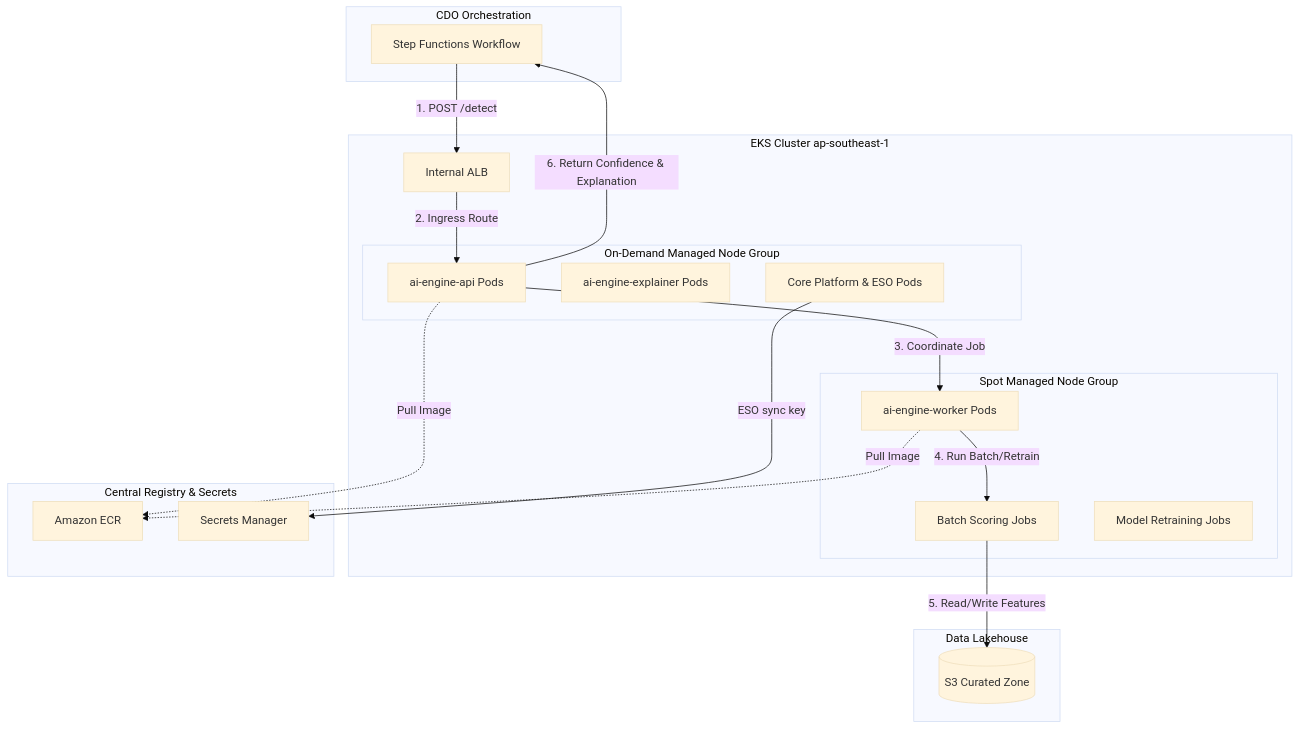
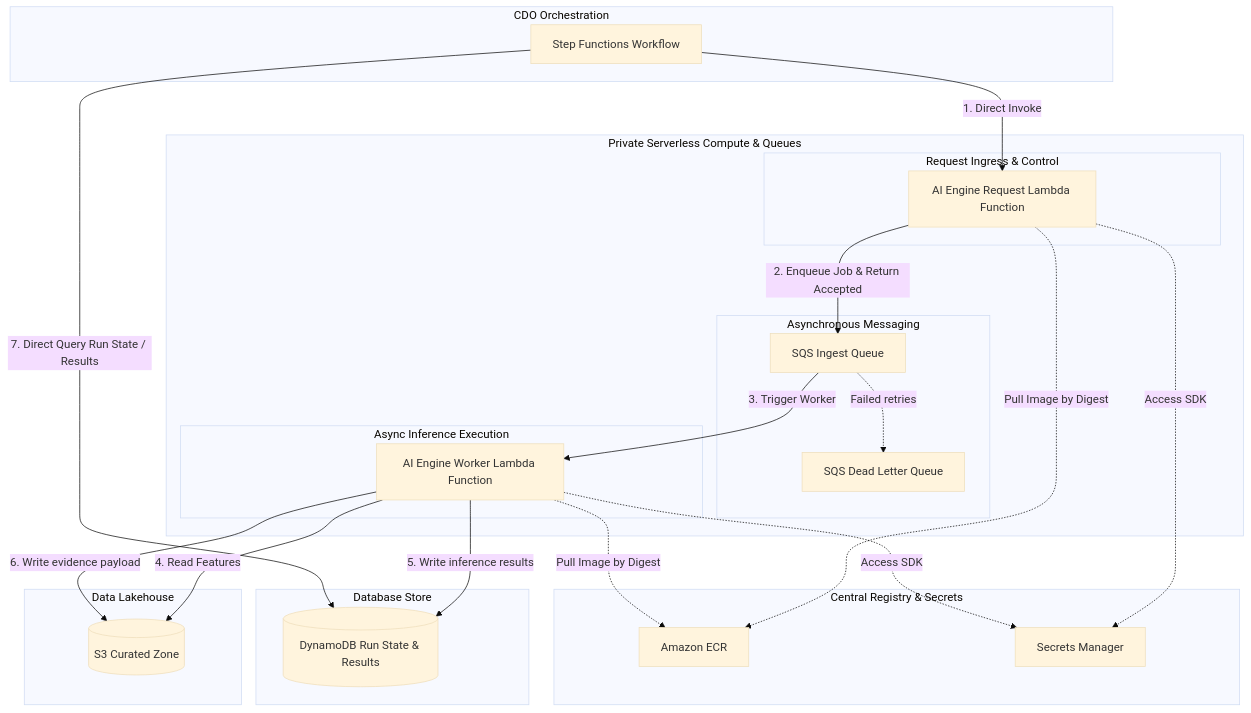
The fourth of 5 diagrams in docs/tf2-finops/02_infra_design.md (hungxqt/tf2-finops-iac), drawn with Mermaid (base theme) before and after one commit. The commit also changed other lines of this file and 79 other files, not shown here.

````diff
--- a/docs/tf2-finops/02_infra_design.md
+++ b/docs/tf2-finops/02_infra_design.md
@@ -166,43 +182,49 @@
 ```mermaid
 graph TB
     subgraph "CDO Orchestration"
         SF[Step Functions Workflow]
     end
 
     subgraph "Data Lakehouse"
         CuratedS3[(S3 Curated Zone)]
     end
 
-    subgraph "EKS Cluster ap-southeast-1"
-        ALB[Internal ALB]
-        
-        subgraph "On-Demand Managed Node Group"
-            API[ai-engine-api Pods]
-            EXP[ai-engine-explainer Pods]
-            Core[Core Platform & ESO Pods]
+    subgraph "Database Store"
+        DDB[(DynamoDB Run State & Results)]
+    end
+
+    subgraph "Private Serverless Compute & Queues"
+        subgraph "Request Ingress & Control"
+            Request[AI Engine Request Lambda Function]
         end
 
-        subgraph "Spot Managed Node Group"
-            Worker[ai-engine-worker Pods]
-            Batch[Batch Scoring Jobs]
-            Train[Model Retraining Jobs]
+        subgraph "Asynchronous Messaging"
+            SQS[SQS Ingest Queue]
+            DLQ[SQS Dead Letter Queue]
+        end
+
+        subgraph "Async Inference Execution"
+            Worker[AI Engine Worker Lambda Function]
         end
     end
     
     subgraph "Central Registry & Secrets"
         ECR[Amazon ECR]
         SM[Secrets Manager]
     end
 
     %% Flow
-    SF -->|1. POST /detect| ALB
-    ALB -->|2. Ingress Route| API
-    API -->|3. Coordinate Job| Worker
-    Worker -->|4. Run Batch/Retrain| Batch
-    Batch -->|5. Read/Write Features| CuratedS3
-    API -->|6. Return Confidence & Explanation| SF
+    SF -->|1. Direct Invoke| Request
+    Request -->|2. Enqueue Job & Return Accepted| SQS
+    SQS -->|3. Trigger Worker| Worker
+    SQS -.->|Failed retries| DLQ
+    Worker -->|4. Read Features| CuratedS3
+    Worker -->|5. Write inference results| DDB
+    Worker -->|6. Write evidence payload| CuratedS3
+    SF -->|7. Direct Query Run State / Results| DDB
     
-    Core -->|ESO sync key| SM
-    API -.->|Pull Image| ECR
-    Worker -.->|Pull Image| ECR
+    Request -.->|Pull Image by Digest| ECR
+    Worker -.->|Pull Image by Digest| ECR
+    Request -.->|Access SDK| SM
+    Worker -.->|Access SDK| SM
 ```
````
